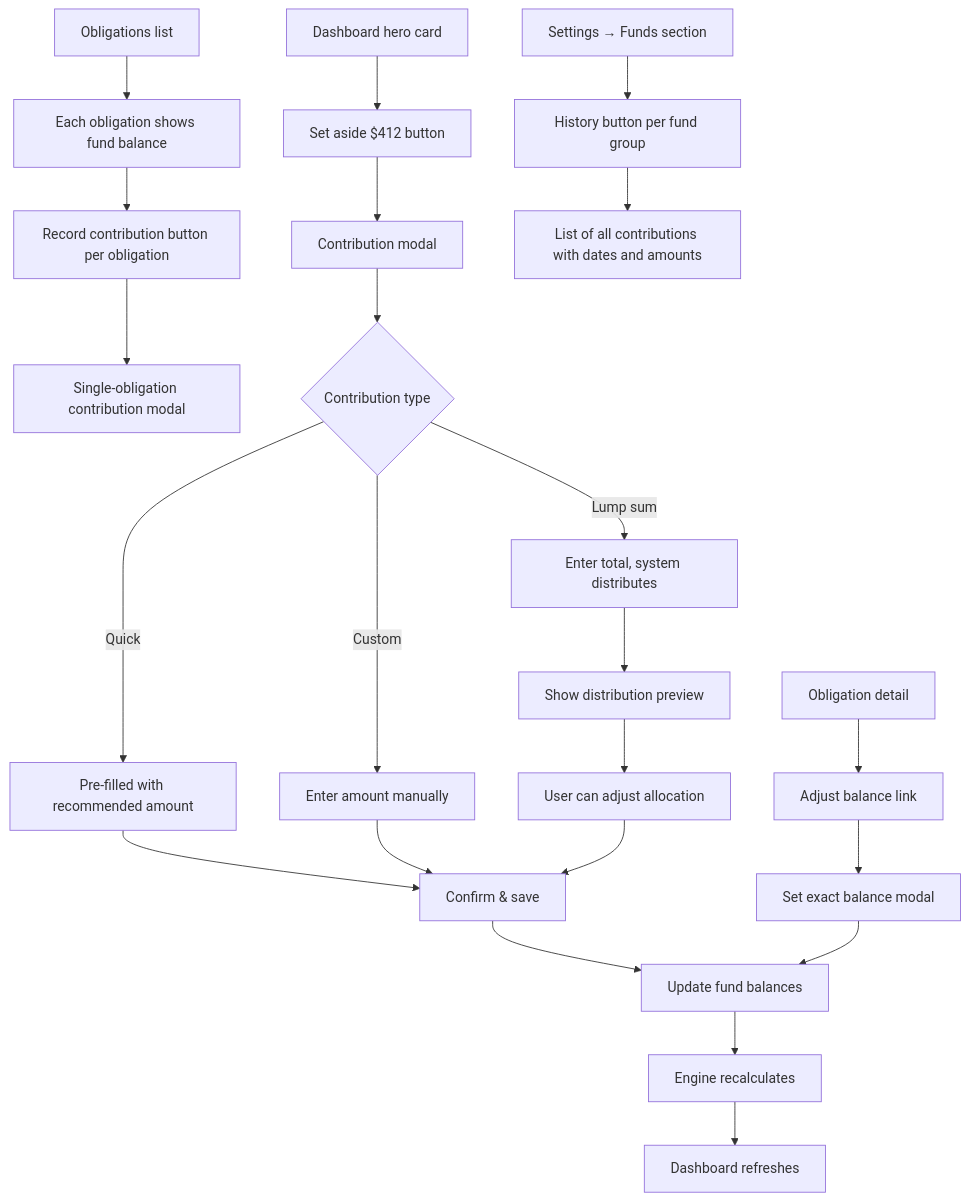
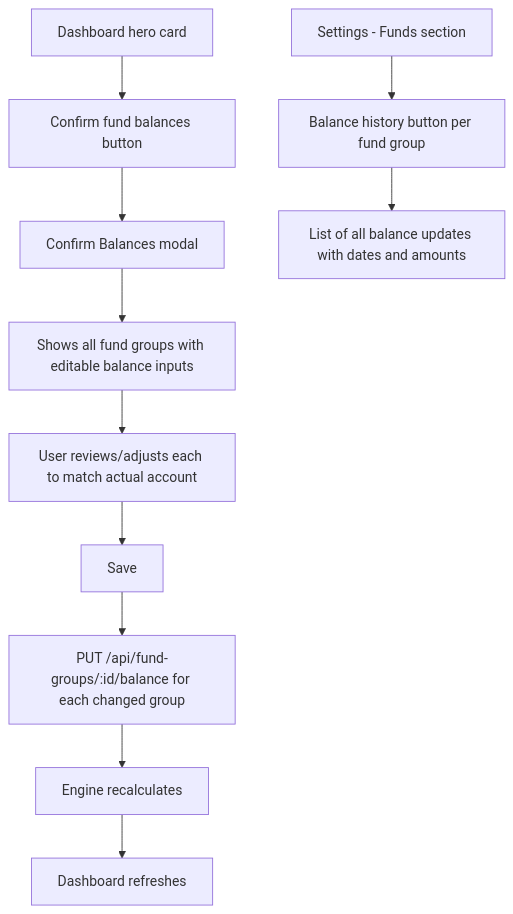
One commit to bendechrai/budget-tracker changed the diagram in specs/14-contributions.md. Above: the diagram before and after it, drawn with Mermaid. The commit also changed other lines of this file and 21 other files, not shown here.

First line of the commit message:
Replace contribution/catch-up modals with balance confirmation

````diff
--- a/specs/14-contributions.md
+++ b/specs/14-contributions.md
@@ -9,31 +11,14 @@
 ```mermaid
 flowchart TD
-    A[Dashboard hero card] --> B["Set aside $412" button]
-    B --> C[Contribution modal]
+    A[Dashboard hero card] --> B["Confirm fund balances" button]
+    B --> C[Confirm Balances modal]
+    C --> D[Shows all fund groups with editable balance inputs]
+    D --> E[User reviews/adjusts each to match actual account]
+    E --> F[Save]
+    F --> G[PUT /api/fund-groups/:id/balance for each changed group]
+    G --> H[Engine recalculates]
+    H --> I[Dashboard refreshes]
 
-    D[Obligations list] --> E[Each obligation shows fund balance]
-    E --> F["Record contribution" button per obligation]
-    F --> G[Single-obligation contribution modal]
-
-    C --> H{Contribution type}
-    H -->|Quick| I[Pre-filled with recommended amount]
-    H -->|Custom| J[Enter amount manually]
-    H -->|Lump sum| K[Enter total, system distributes]
-
-    I --> L[Confirm & save]
-    J --> L
-    K --> M[Show distribution preview]
-    M --> N[User can adjust allocation]
-    N --> L
-
-    L --> O[Update fund balances]
-    O --> P[Engine recalculates]
-    P --> Q[Dashboard refreshes]
-
-    R[Obligation detail] --> S["Adjust balance" link]
-    S --> T[Set exact balance modal]
-    T --> O
-
-    W[Settings → Funds section] --> X["History" button per fund group]
-    X --> V[List of all contributions with dates and amounts]
+    J[Settings - Funds section] --> K["Balance history" button per fund group]
+    K --> L[List of all balance updates with dates and amounts]
 ```
````
